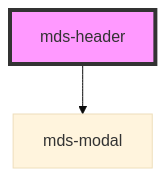
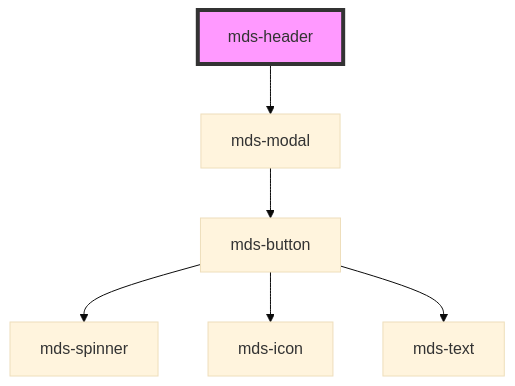
One commit to magma-design-system/magma changed the diagram in projects/stencil/src/components/mds-header/readme.md. Above: the diagram before and after it, drawn with Mermaid (base theme). The commit also changed 65 other files, not shown here.

Commit message:
refact(stencil): change button icons to mds-button components

````diff
--- a/projects/stencil/src/components/mds-header/readme.md
+++ b/projects/stencil/src/components/mds-header/readme.md
@@ -56,5 +56,9 @@
 ```mermaid
 graph TD;
   mds-header --> mds-modal
+  mds-modal --> mds-button
+  mds-button --> mds-spinner
+  mds-button --> mds-icon
+  mds-button --> mds-text
   style mds-header fill:#f9f,stroke:#333,stroke-width:4px
 ```
````
